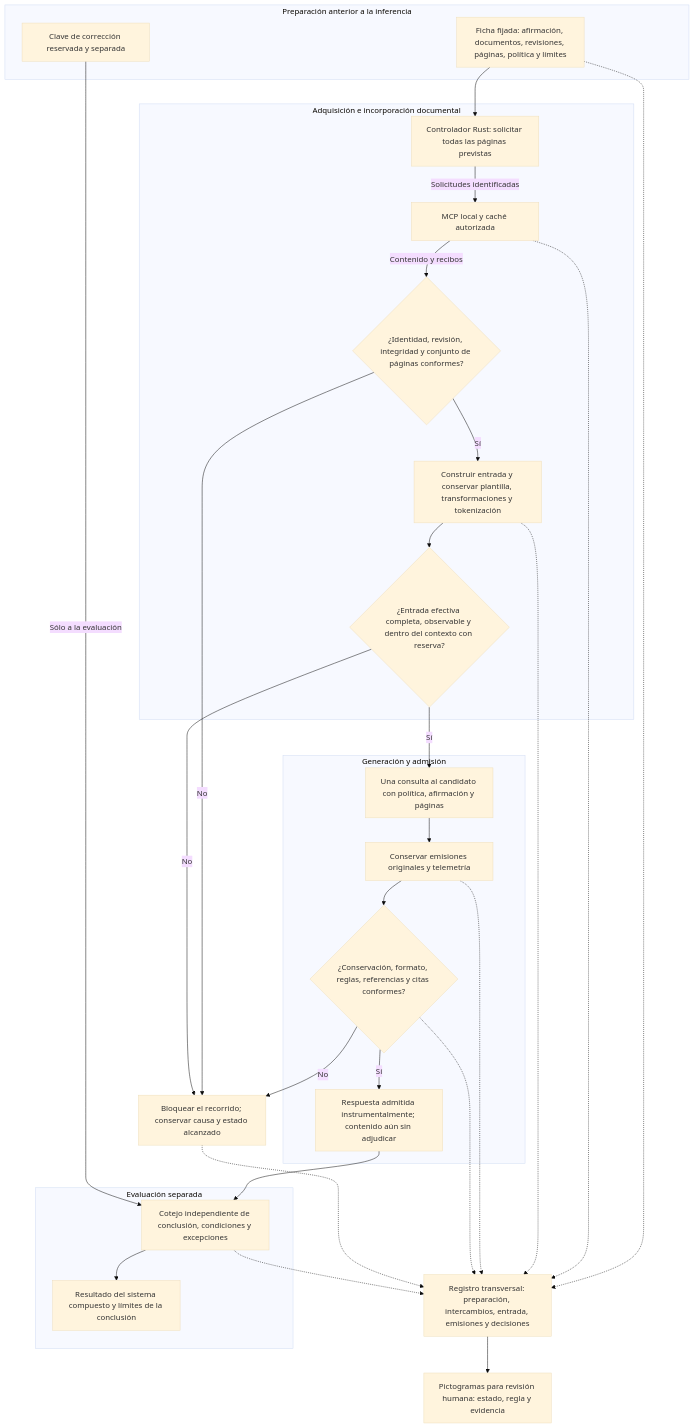
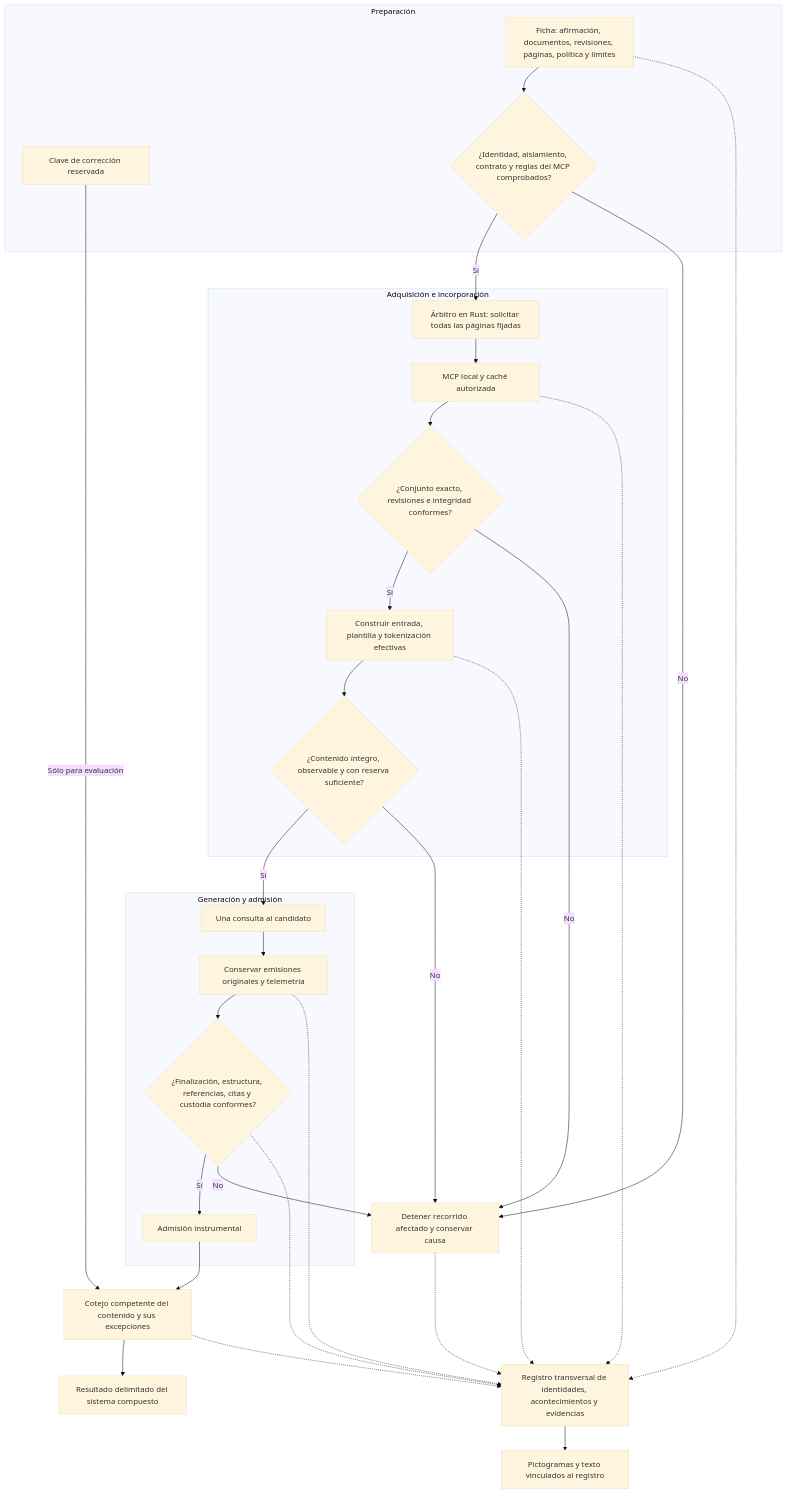
The second of 4 diagrams in laboratorio/ensayo-ia-y-observabilidad/modelos-de-ia/model-context-protocol/controlador-pictograma-algoritmo/DISENO.md (juantoniolloretegea/SV-motor), drawn with Mermaid (base theme) before and after one commit. The commit also changed other lines of this file and 3 other files, not shown here.

Commit message:
Definir el Árbitro Director del Lenguaje SV y su contraste asistido con Safeguard

````diff
--- a/laboratorio/ensayo-ia-y-observabilidad/modelos-de-ia/model-context-protocol/controlador-pictograma-algoritmo/DISENO.md
+++ b/laboratorio/ensayo-ia-y-observabilidad/modelos-de-ia/model-context-protocol/controlador-pictograma-algoritmo/DISENO.md
@@ -26,47 +44,51 @@
 ```mermaid
 flowchart TD
-    subgraph P["Preparación anterior a la inferencia"]
-        A["Ficha fijada: afirmación, documentos, revisiones, páginas, política y límites"]
-        K["Clave de corrección reservada y separada"]
+    subgraph P["Preparación"]
+        A["Ficha: afirmación, documentos, revisiones, páginas, política y límites"]
+        K["Clave de corrección reservada"]
+        S{"¿Identidad, aislamiento, contrato y reglas del MCP comprobados?"}
     end
-    subgraph D["Adquisición e incorporación documental"]
-        B["Controlador Rust: solicitar todas las páginas previstas"]
+    subgraph D["Adquisición e incorporación"]
+        B["Árbitro en Rust: solicitar todas las páginas fijadas"]
         C["MCP local y caché autorizada"]
-        E{"¿Identidad, revisión, integridad y conjunto de páginas conformes?"}
-        F["Construir entrada y conservar plantilla, transformaciones y tokenización"]
-        G{"¿Entrada efectiva completa, observable y dentro del contexto con reserva?"}
+        E{"¿Conjunto exacto, revisiones e integridad conformes?"}
+        F["Construir entrada, plantilla y tokenización efectivas"]
+        G{"¿Contenido íntegro, observable y con reserva suficiente?"}
     end
     subgraph M["Generación y admisión"]
-        H["Una consulta al candidato con política, afirmación y páginas"]
+        H["Una consulta al candidato"]
         I["Conservar emisiones originales y telemetría"]
-        J{"¿Conservación, formato, reglas, referencias y citas conformes?"}
-        L["Respuesta admitida instrumentalmente; contenido aún sin adjudicar"]
+        J{"¿Finalización, estructura, referencias, citas y custodia conformes?"}
+        L["Admisión instrumental"]
     end
-    subgraph V["Evaluación separada"]
-        N["Cotejo independiente de conclusión, condiciones y excepciones"]
-        O["Resultado del sistema compuesto y límites de la conclusión"]
-    end
-    A --> B
-    B -->|Solicitudes identificadas| C
-    C -->|Contenido y recibos| E
+    N["Cotejo competente del contenido y sus excepciones"]
+    O["Resultado delimitado del sistema compuesto"]
+    X["Detener recorrido afectado y conservar causa"]
+    R["Registro transversal de identidades, acontecimientos y evidencias"]
+    Q["Pictogramas y texto vinculados al registro"]
+    A --> S
+    S -->|Sí| B
+    S -->|No| X
+    B --> C
+    C --> E
     E -->|Sí| F
+    E -->|No| X
     F --> G
     G -->|Sí| H
+    G -->|No| X
     H --> I
     I --> J
     J -->|Sí| L
+    J -->|No| X
     L --> N
-    K -->|Sólo a la evaluación| N
+    K -->|Sólo para evaluación| N
     N --> O
-    E -->|No| X["Bloquear el recorrido; conservar causa y estado alcanzado"]
-    G -->|No| X
-    J -->|No| X
-    A -.-> R["Registro transversal: preparación, intercambios, entrada, emisiones y decisiones"]
+    A -.-> R
     C -.-> R
     F -.-> R
     I -.-> R
     J -.-> R
     N -.-> R
     X -.-> R
-    R --> Q["Pictogramas para revisión humana: estado, regla y evidencia"]
+    R --> Q
 ```
````
